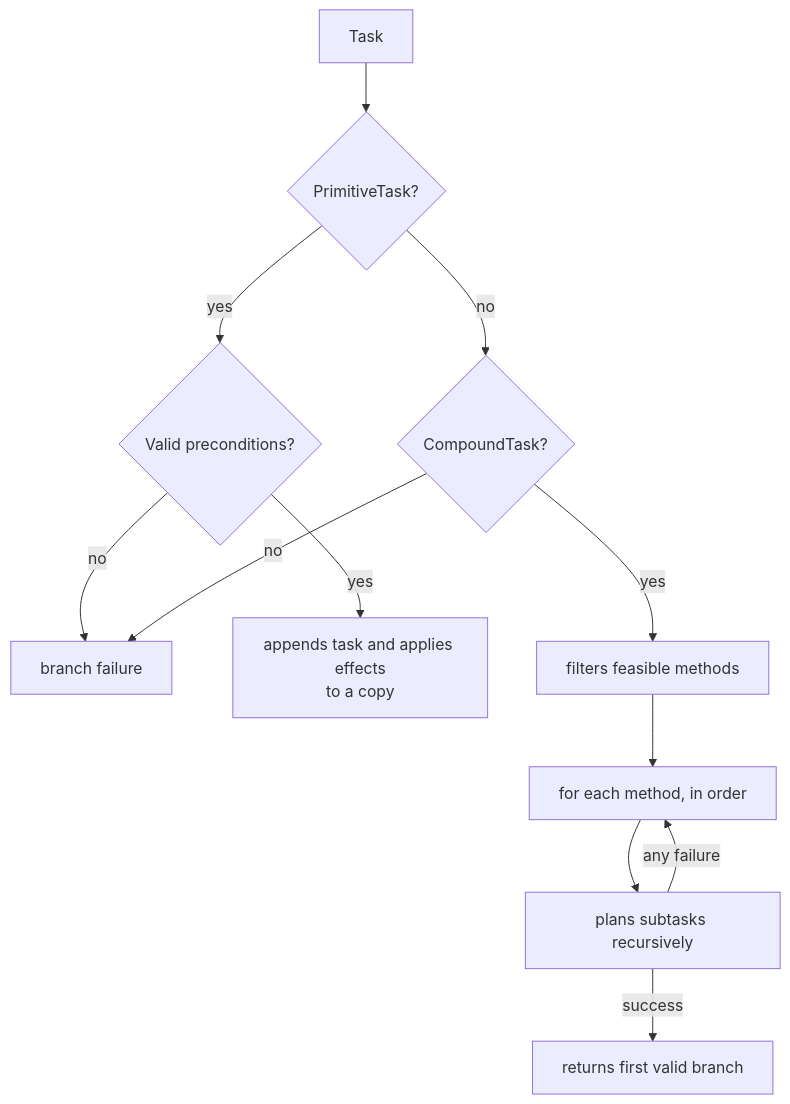
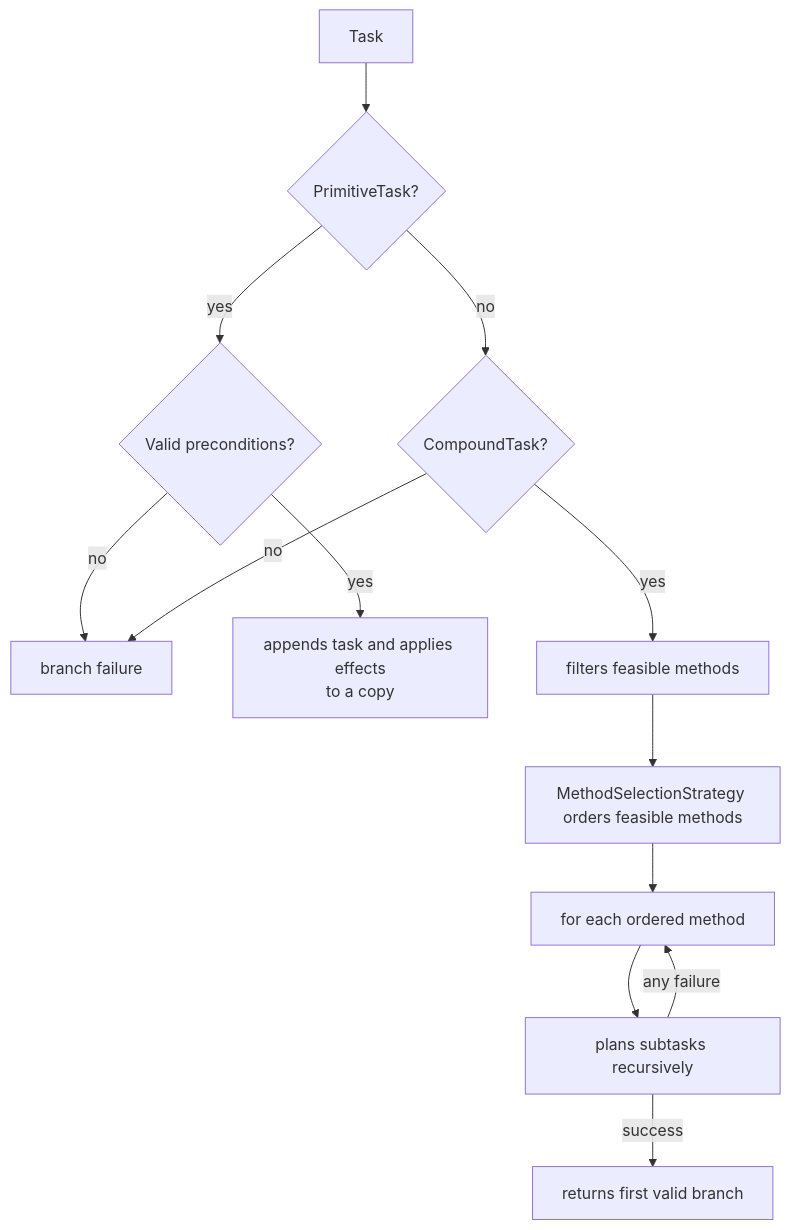
One commit to AndersonGACFilho/htn-goap-morl-agent changed the first of 2 diagrams in docs/framework/planning-runtime.md. Above: the diagram before and after it, drawn with Mermaid. The commit also changed other lines of this file and 8 other files, not shown here.

First line of the commit message:
docs(planner): document method selection strategy architecture

````diff
--- a/docs/framework/planning-runtime.md
+++ b/docs/framework/planning-runtime.md
@@ -7,14 +12,15 @@
 ```mermaid
 flowchart TD
     A[Task] --> B{PrimitiveTask?}
     B -->|yes| C{Valid preconditions?}
     C -->|no| X[branch failure]
     C -->|yes| D[appends task and applies effects\nto a copy]
     B -->|no| E{CompoundTask?}
     E -->|yes| F[filters feasible methods]
-    F --> G[for each method, in order]
+    F --> S[MethodSelectionStrategy orders feasible methods]
+    S --> G[for each ordered method]
     G --> H[plans subtasks recursively]
     H -->|any failure| G
     H -->|success| I[returns first valid branch]
     E -->|no| X
 ```
````
